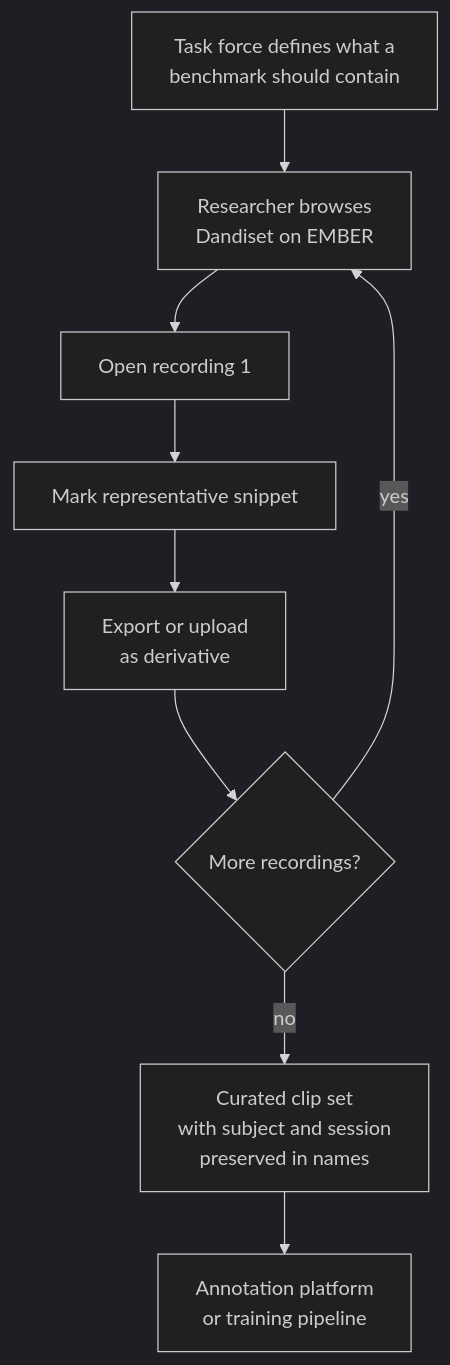
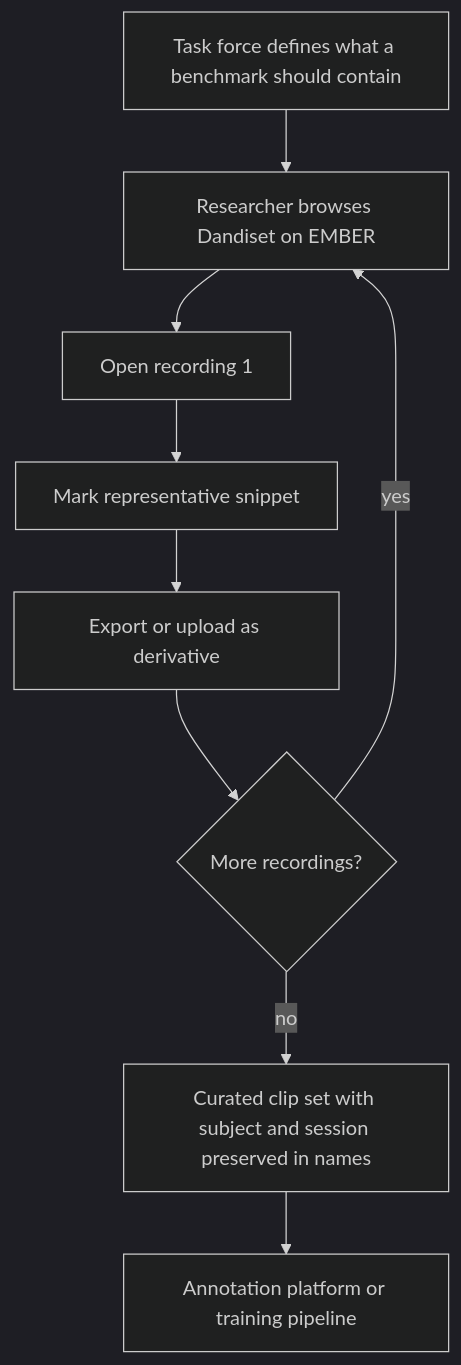
The fifth of 15 diagrams in user-stories/clip-extractor.md (CodyCBakerPhD/BBQS-EMBER-docs), drawn with Mermaid (dark theme) before and after one commit. The commit also changed other lines of this file and 1 other file, not shown here.

First line of the commit message:
Drop manual line breaks from Mermaid labels; add agent instructions

````diff
--- a/user-stories/clip-extractor.md
+++ b/user-stories/clip-extractor.md
@@ -180,11 +180,11 @@
 ```mermaid
 flowchart TD
-    A[Task force defines what a<br/>benchmark should contain] --> B[Researcher browses<br/>Dandiset on EMBER]
+    A[Task force defines what a benchmark should contain] --> B[Researcher browses Dandiset on EMBER]
     B --> C[Open recording 1]
     C --> D[Mark representative snippet]
-    D --> E[Export or upload<br/>as derivative]
+    D --> E[Export or upload as derivative]
     E --> F{More recordings?}
     F -- yes --> B
-    F -- no --> G[Curated clip set<br/>with subject and session<br/>preserved in names]
-    G --> H[Annotation platform<br/>or training pipeline]
+    F -- no --> G[Curated clip set with subject and session preserved in names]
+    G --> H[Annotation platform or training pipeline]
 ```
````
